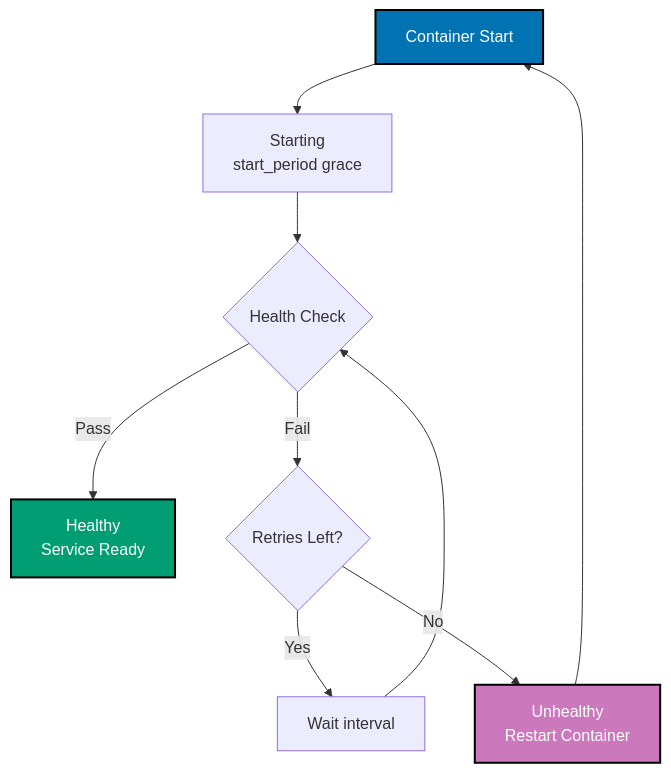
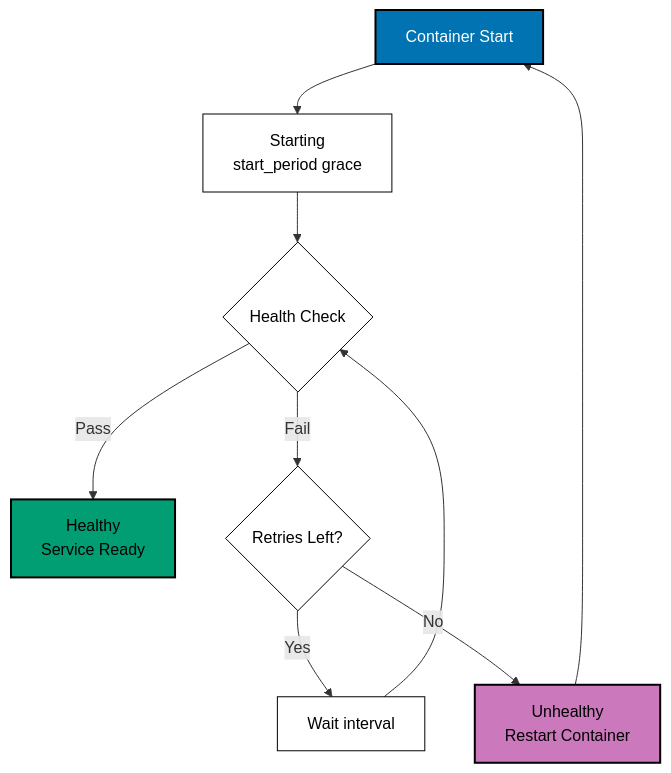
Before and after one commit to wahidyankf/ose-public: the fifth of 11 diagrams in apps/ayokoding-www/content/en/learn/legacy/software-engineering/infrastructure/tools/docker/by-example/intermediate.md, drawn with Mermaid. The commit also changed other lines of this file and 131 other files, not shown here.

First line of the commit message:
fix(mermaid): bring the legacy data, infrastructure, and testing diagrams onto the accessible palette

````diff
--- a/apps/ayokoding-www/content/en/learn/legacy/software-engineering/infrastructure/tools/docker/by-example/intermediate.md
+++ b/apps/ayokoding-www/content/en/learn/legacy/software-engineering/infrastructure/tools/docker/by-example/intermediate.md
@@ -801,16 +824,22 @@
 ```mermaid
 %% Color Palette: Blue #0173B2, Orange #DE8F05, Teal #029E73, Purple #CC78BC, Brown #CA9161
 graph TD
+ accTitle: Example 33: Health Checks in Docker Compose
+ accDescr: Graph with 7 nodes and 8 connections. Nodes: Container Start, Starting start_period grace, Health Check, Healthy Service Ready, Retries Left?, Wait interval, Unhealthy Restart Container. Connections: Container Start to Starting start_period grace, Starting start_period grace to Health Check, Health Check to Healthy Service Ready (Pass), Health Check to Retries Left? (Fail), Retries Left? to Wait interval (Yes), Wait interval to Health Check, Retries Left? to Unhealthy Restart Container (No), Unhealthy Restart Container to Container Start.
  A["Container Start"] --> B["Starting<br/>start_period grace"]
  B --> C{Health Check}
  C -->|Pass| D["Healthy<br/>Service Ready"]
  C -->|Fail| E{Retries Left?}
  E -->|Yes| F["Wait interval"]
  F --> C
  E -->|No| G["Unhealthy<br/>Restart Container"]
  G --> A
 
- style A fill:#0173B2,stroke:#000000,stroke-width:2px,color:#fff
- style D fill:#029E73,stroke:#000000,stroke-width:2px,color:#fff
- style G fill:#CC78BC,stroke:#000000,stroke-width:2px,color:#fff
+ classDef pal-0173B2 fill:#0173B2,stroke:#000000,color:#FFFFFF,stroke-width:2px
+ class A pal-0173B2
+ classDef pal-029E73 fill:#029E73,stroke:#000000,color:#000000,stroke-width:2px
+ class D pal-029E73
+ classDef pal-CC78BC fill:#CC78BC,stroke:#000000,color:#000000,stroke-width:2px
+ class G pal-CC78BC
+ classDef default fill:#FFFFFF,stroke:#000000,color:#000000
 ```
````
